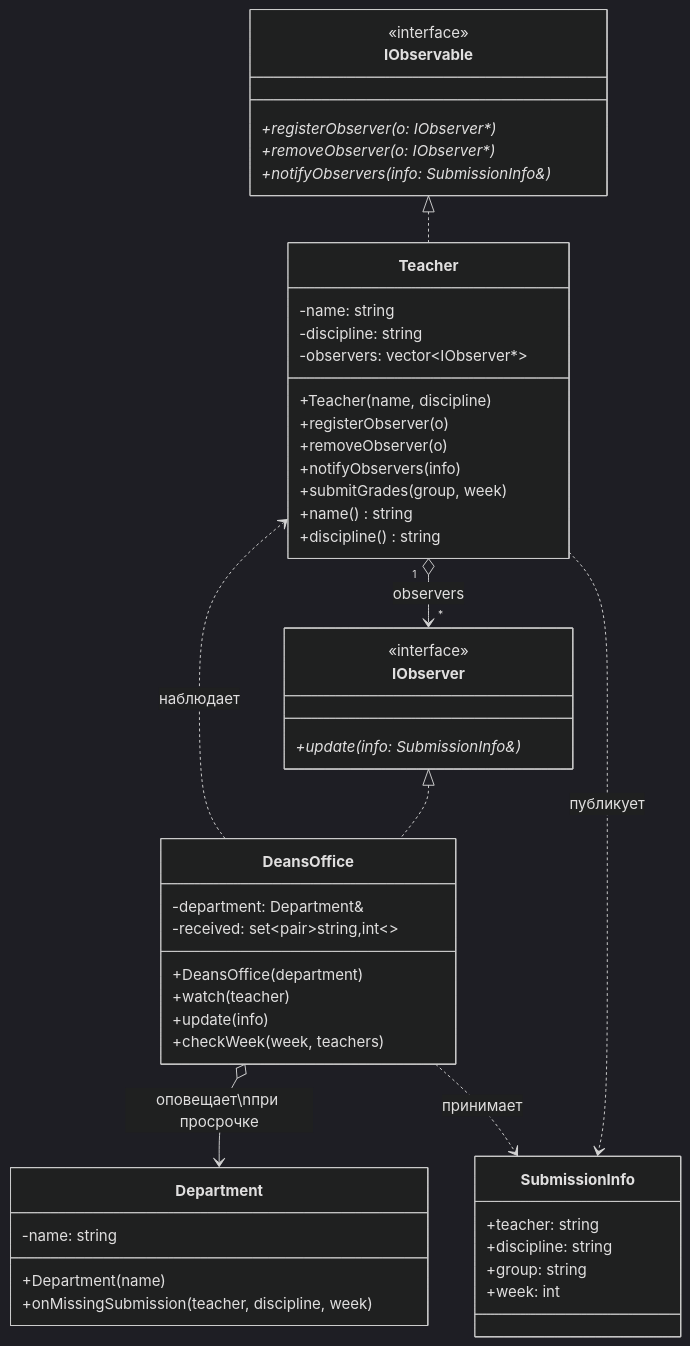
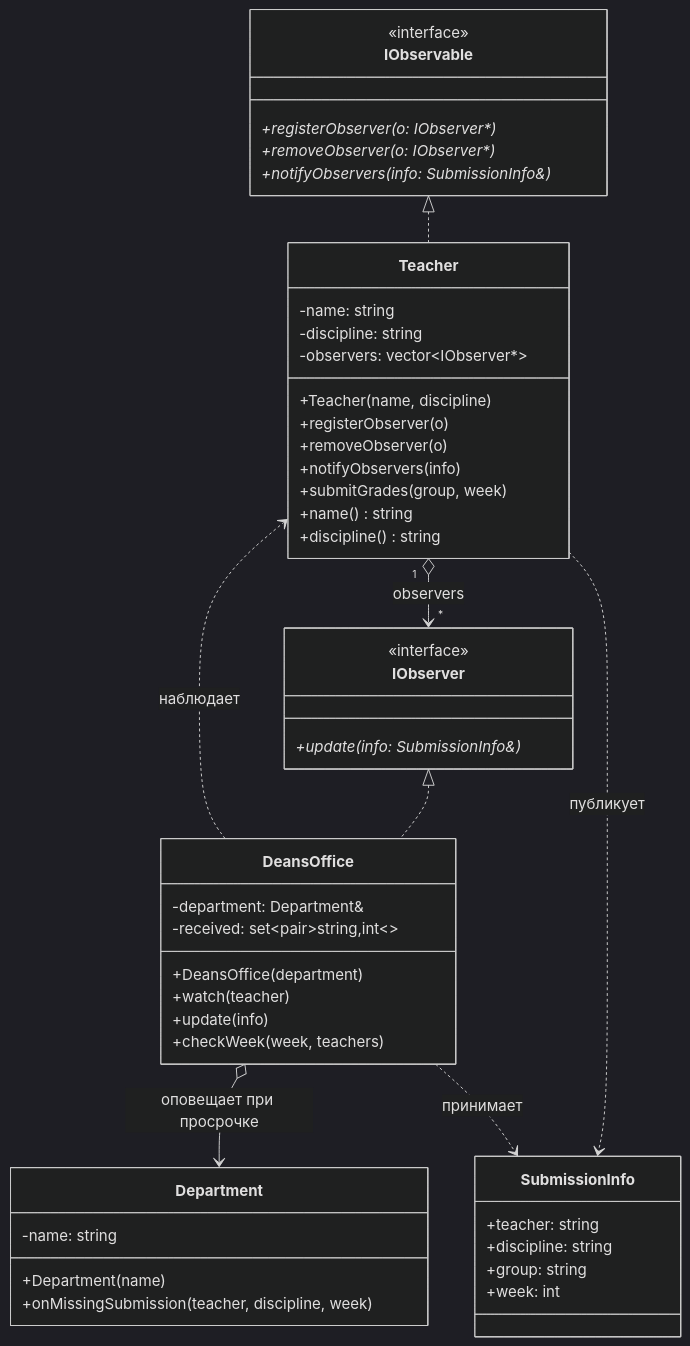
One commit to ivan-aleschin/uni changed the first of 2 diagrams in software-architecture/lab-6/README.md. Above: the diagram before and after it, drawn with Mermaid (dark theme). The commit also changed other lines of this file and 3 other files, not shown here.

Commit message:
feat: tables for uml diagrams

````diff
--- a/software-architecture/lab-6/README.md
+++ b/software-architecture/lab-6/README.md
@@ -46,57 +49,57 @@
 ```mermaid
 classDiagram
     class IObservable {
         <<interface>>
         +registerObserver(o: IObserver*)*
         +removeObserver(o: IObserver*)*
         +notifyObservers(info: SubmissionInfo&)*
     }
 
     class IObserver {
         <<interface>>
         +update(info: SubmissionInfo&)*
     }
 
     class SubmissionInfo {
         +teacher: string
         +discipline: string
         +group: string
         +week: int
     }
 
     class Teacher {
         -name: string
         -discipline: string
         -observers: vector~IObserver*~
         +Teacher(name, discipline)
         +registerObserver(o)
         +removeObserver(o)
         +notifyObservers(info)
         +submitGrades(group, week)
         +name() string
         +discipline() string
     }
 
     class DeansOffice {
         -department: Department&
         -received: set~pair~string,int~~
         +DeansOffice(department)
         +watch(teacher)
         +update(info)
         +checkWeek(week, teachers)
     }
 
     class Department {
         -name: string
         +Department(name)
         +onMissingSubmission(teacher, discipline, week)
     }
 
     IObservable <|.. Teacher
     IObserver <|.. DeansOffice
     Teacher "1" o--> "*" IObserver : observers
     DeansOffice ..> Teacher : наблюдает
-    DeansOffice o--> Department : оповещает\nпри просрочке
+    DeansOffice o--> Department : оповещает при просрочке
     Teacher ..> SubmissionInfo : публикует
     DeansOffice ..> SubmissionInfo : принимает
 ```
````
